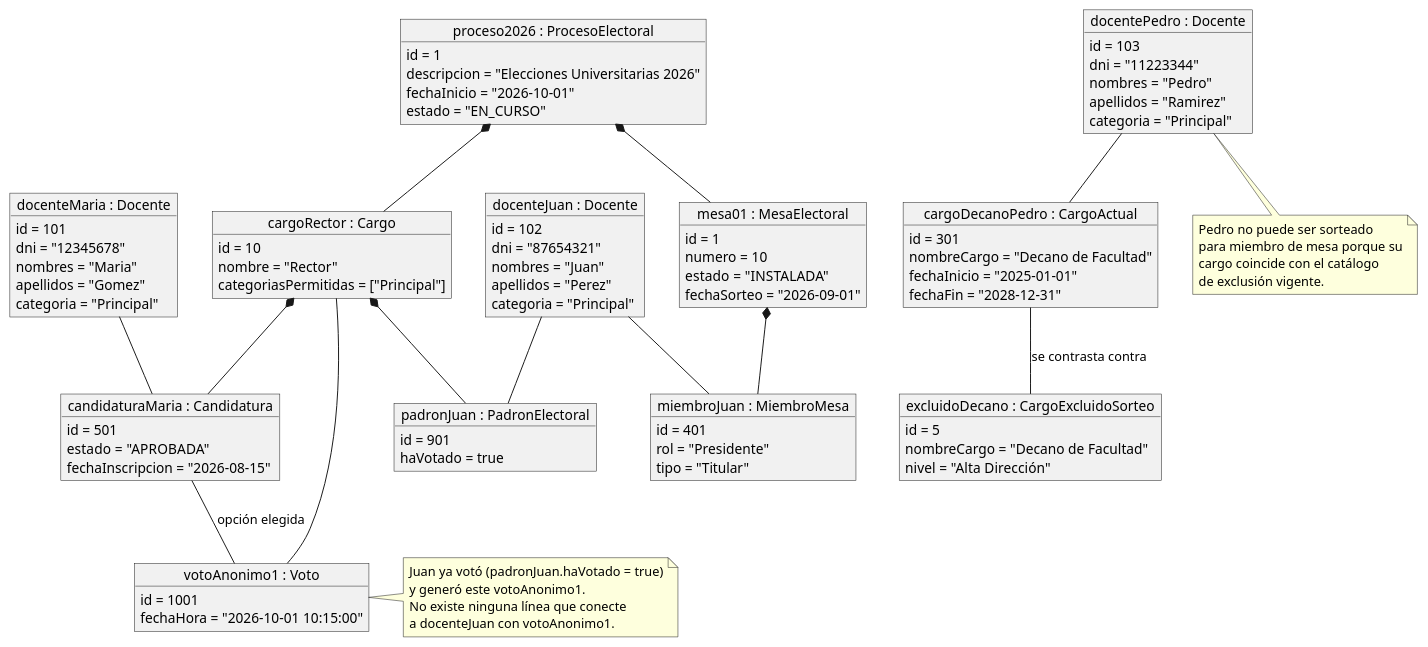
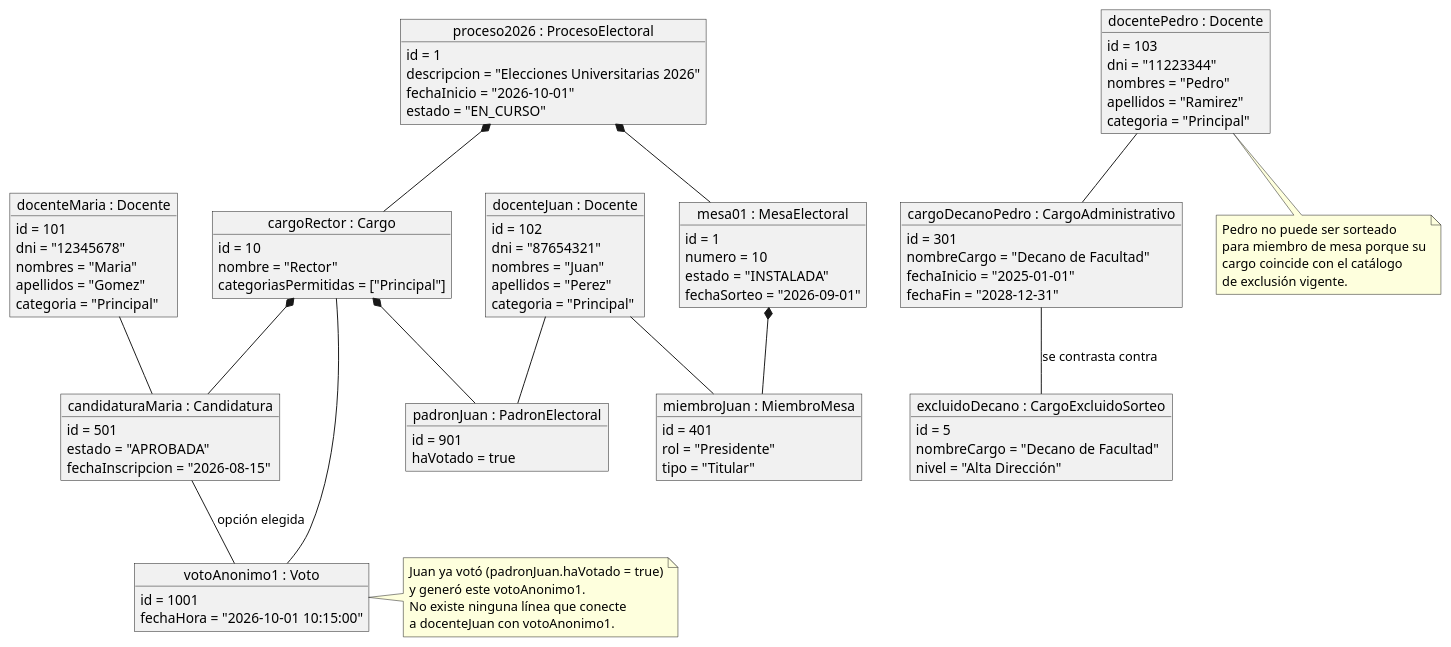
One commit to LeandroUniversitario/sistemaDeVotacionesUnp changed the diagram in diagramas/diagrama_objetos.puml. Above: the diagram before and after it, drawn with PlantUML. The commit also changed 144 other files, not shown here.

```diff
--- a/diagramas/diagrama_objetos.puml
+++ b/diagramas/diagrama_objetos.puml
@@ -1,121 +1,121 @@
 @startuml Diagrama_Objetos
 skinparam objectAttributeIconSize 0
 
 object "proceso2026 : ProcesoElectoral" as proceso2026 {
   id = 1
   descripcion = "Elecciones Universitarias 2026"
   fechaInicio = "2026-10-01"
   estado = "EN_CURSO"
 }
 
 object "cargoRector : Cargo" as cargoRector {
   id = 10
   nombre = "Rector"
   categoriasPermitidas = ["Principal"]
 }
 
 object "docenteMaria : Docente" as docenteMaria {
   id = 101
   dni = "12345678"
   nombres = "Maria"
   apellidos = "Gomez"
   categoria = "Principal"
 }
 
 object "candidaturaMaria : Candidatura" as candidaturaMaria {
   id = 501
   estado = "APROBADA"
   fechaInscripcion = "2026-08-15"
 }
 
 object "docenteJuan : Docente" as docenteJuan {
   id = 102
   dni = "87654321"
   nombres = "Juan"
   apellidos = "Perez"
   categoria = "Principal"
 }
 
 object "padronJuan : PadronElectoral" as padronJuan {
   id = 901
   haVotado = true
 }
 
 object "docentePedro : Docente" as docentePedro {
   id = 103
   dni = "11223344"
   nombres = "Pedro"
   apellidos = "Ramirez"
   categoria = "Principal"
 }
 
-object "cargoDecanoPedro : CargoActual" as cargoDecanoPedro {
+object "cargoDecanoPedro : CargoAdministrativo" as cargoDecanoPedro {
   id = 301
   nombreCargo = "Decano de Facultad"
   fechaInicio = "2025-01-01"
   fechaFin = "2028-12-31"
 }
 
 object "excluidoDecano : CargoExcluidoSorteo" as excluidoDecano {
   id = 5
   nombreCargo = "Decano de Facultad"
   nivel = "Alta Dirección"
 }
 
 object "mesa01 : MesaElectoral" as mesa01 {
   id = 1
   numero = 10
   estado = "INSTALADA"
   fechaSorteo = "2026-09-01"
 }
 
 object "miembroJuan : MiembroMesa" as miembroJuan {
   id = 401
   rol = "Presidente"
   tipo = "Titular"
 }
 
 object "votoAnonimo1 : Voto" as votoAnonimo1 {
   id = 1001
   fechaHora = "2026-10-01 10:15:00"
 }
 
 ' Relaciones del Proceso y Cargos
 proceso2026 *-- cargoRector
 proceso2026 *-- mesa01
 
 ' Relaciones de la Candidatura
 cargoRector *-- candidaturaMaria
 docenteMaria -- candidaturaMaria
 
 ' Relaciones del Padrón
 cargoRector *-- padronJuan
 docenteJuan -- padronJuan
 
 ' Relaciones de Mesa (Sorteo)
 mesa01 *-- miembroJuan
 docenteJuan -- miembroJuan
 
 ' Relaciones de Exclusión (Sorteo)
 docentePedro -- cargoDecanoPedro
 cargoDecanoPedro -- excluidoDecano : "se contrasta contra"
 
 ' Relaciones del Voto
 cargoRector -- votoAnonimo1
 candidaturaMaria -- votoAnonimo1 : "opción elegida"
 
 note right of votoAnonimo1
   Juan ya votó (padronJuan.haVotado = true)
   y generó este votoAnonimo1.
   No existe ninguna línea que conecte
   a docenteJuan con votoAnonimo1.
 end note
 
 note bottom of docentePedro
   Pedro no puede ser sorteado
   para miembro de mesa porque su
   cargo coincide con el catálogo
   de exclusión vigente.
 end note
 
 @enduml
```
